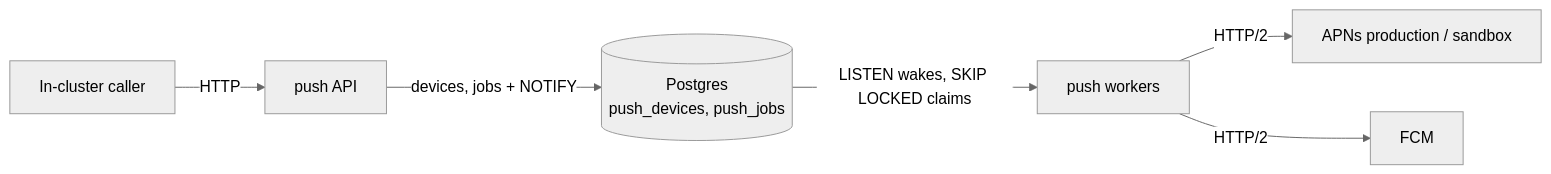
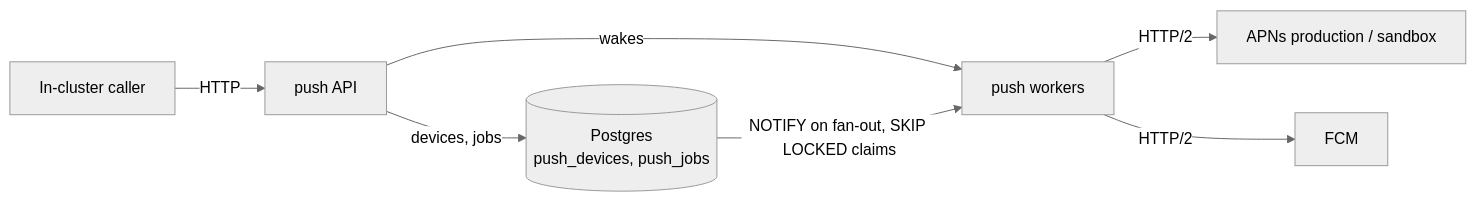
One commit to Pandoks/pandoks.com changed the diagram in apps/push/README.md. Above: the diagram before and after it, drawn with Mermaid (neutral theme). The commit also changed 2 other files, not shown here.

Commit message:
fix(push): wake local workers instead of notifying on every send
NOTIFY holds a database-wide lock through each notifying commit, so 32 concurrent sends
serialized (pgbench: 2.6k vs 25k tps). The API now wakes a worker of its own replica and
notifies only for fan-outs; the wake channel holds a wake per worker; the pool keeps 4
connections for the API instead of 16.

````diff
--- a/apps/push/README.md
+++ b/apps/push/README.md
@@ -6,8 +6,9 @@
 ```mermaid
 graph LR
     Caller[In-cluster caller] -->|HTTP| API[push API]
-    API -->|devices, jobs + NOTIFY| Postgres[(Postgres<br/>push_devices, push_jobs)]
-    Postgres -->|LISTEN wakes, SKIP LOCKED claims| Workers[push workers]
+    API -->|devices, jobs| Postgres[(Postgres<br/>push_devices, push_jobs)]
+    API -->|wakes| Workers[push workers]
+    Postgres -->|NOTIFY on fan-out, SKIP LOCKED claims| Workers
     Workers -->|HTTP/2| APNs[APNs production / sandbox]
     Workers -->|HTTP/2| FCM
 ```
````
